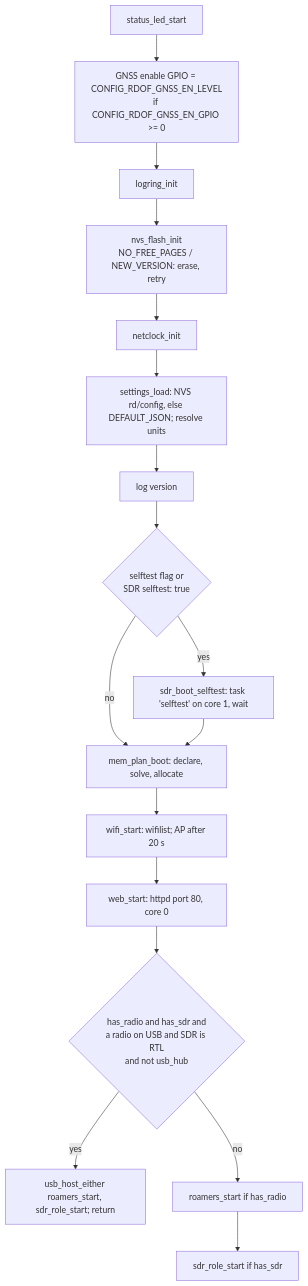
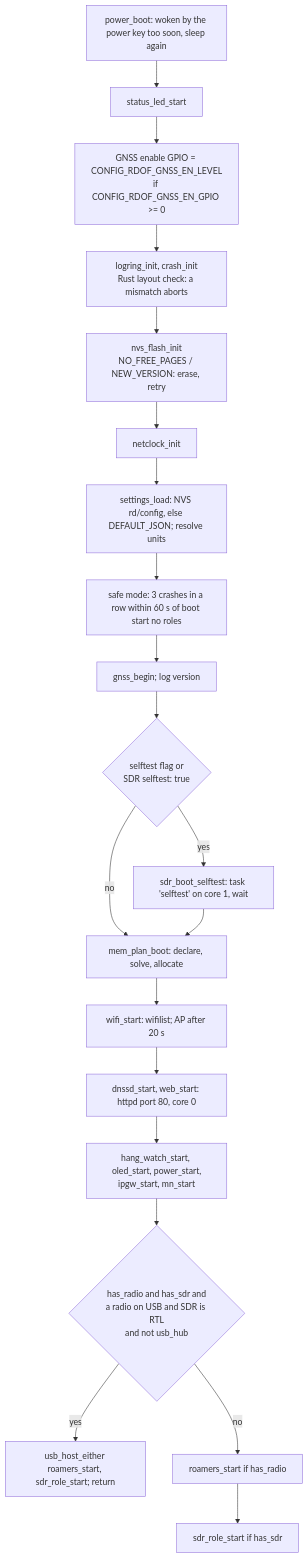
One commit to RadioFoundry/RadioFoundryGateway changed the first of 4 diagrams in docs/spec/fw/overview.md. Above: the diagram before and after it, drawn with Mermaid. The commit also changed other lines of this file and 29 other files, not shown here.

````diff
--- a/docs/spec/fw/overview.md
+++ b/docs/spec/fw/overview.md
@@ -180,19 +219,22 @@
 ```mermaid
 flowchart TD
-  A[status_led_start] --> B[GNSS enable GPIO = CONFIG_RDOF_GNSS_EN_LEVEL<br/>if CONFIG_RDOF_GNSS_EN_GPIO >= 0]
-  B --> C[logring_init]
+  A0[power_boot: woken by the power key too soon, sleep again] --> A[status_led_start]
+  A --> B[GNSS enable GPIO = CONFIG_RDOF_GNSS_EN_LEVEL<br/>if CONFIG_RDOF_GNSS_EN_GPIO >= 0]
+  B --> C[logring_init, crash_init<br/>Rust layout check: a mismatch aborts]
   C --> D[nvs_flash_init<br/>NO_FREE_PAGES / NEW_VERSION: erase, retry]
   D --> E[netclock_init]
   E --> F[settings_load: NVS rd/config, else DEFAULT_JSON; resolve units]
-  F --> G[log version]
+  F --> S[safe mode: 3 crashes in a row within 60 s of boot start no roles]
+  S --> G[gnss_begin; log version]
   G --> H{selftest flag or<br/>SDR selftest: true}
   H -- yes --> H1[sdr_boot_selftest: task 'selftest' on core 1, wait]
   H -- no --> P
   H1 --> P[mem_plan_boot: declare, solve, allocate]
   P --> I[wifi_start: wifilist; AP after 20 s]
-  I --> J[web_start: httpd port 80, core 0]
-  J --> K{has_radio and has_sdr and<br/>a radio on USB and SDR is RTL<br/>and not usb_hub}
+  I --> J[dnssd_start, web_start: httpd port 80, core 0]
+  J --> W[hang_watch_start, oled_start, power_start,<br/>ipgw_start, mn_start]
+  W --> K{has_radio and has_sdr and<br/>a radio on USB and SDR is RTL<br/>and not usb_hub}
   K -- yes --> L[usb_host_either roamers_start, sdr_role_start; return]
   K -- no --> M[roamers_start if has_radio]
   M --> N[sdr_role_start if has_sdr]
 ```
````
